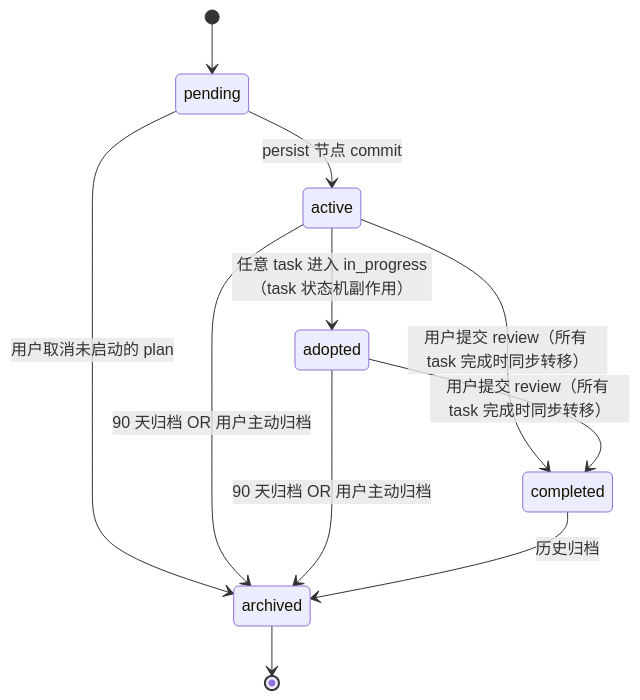
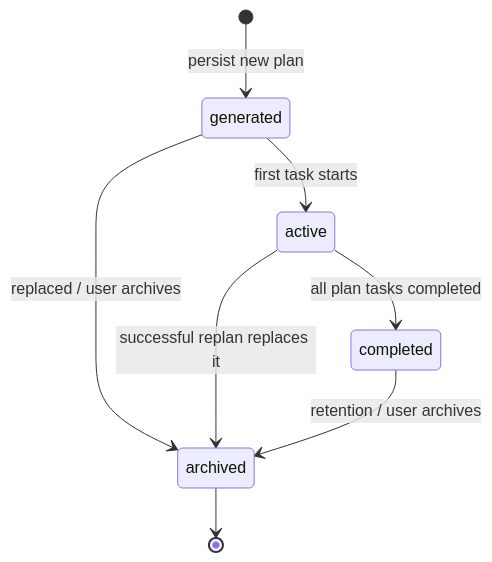
Before and after one commit to lyyjsr/career-planning-buddy: the diagram in docs/model-design/state-machines/plan-status.mmd, drawn with Mermaid. The commit also changed other lines of this file and 155 other files, not shown here.

````diff
--- a/docs/model-design/state-machines/plan-status.mmd
+++ b/docs/model-design/state-machines/plan-status.mmd
@@ -3,13 +3,10 @@
 ```mermaid
 stateDiagram-v2
-    [*] --> pending
-    pending --> active: persist 节点 commit
-    active --> adopted: 任意 task 进入 in_progress（task 状态机副作用）
-    active --> completed: 用户提交 review（所有 task 完成时同步转移）
-    adopted --> completed: 用户提交 review（所有 task 完成时同步转移）
-    pending --> archived: 用户取消未启动的 plan
-    active --> archived: 90 天归档 OR 用户主动归档
-    adopted --> archived: 90 天归档 OR 用户主动归档
-    completed --> archived: 历史归档
+    [*] --> generated: persist new plan
+    generated --> active: first task starts
+    generated --> archived: replaced / user archives
+    active --> completed: all plan tasks completed
+    active --> archived: successful replan replaces it
+    completed --> archived: retention / user archives
     archived --> [*]
 ```
````
